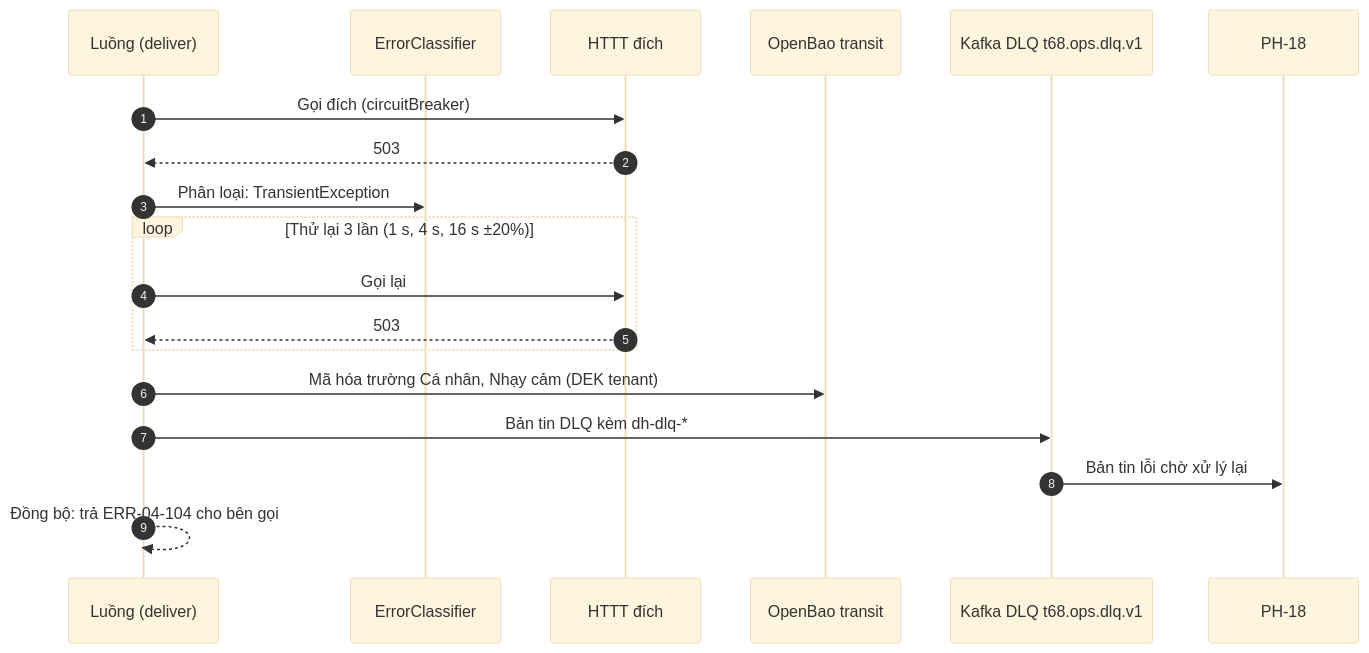
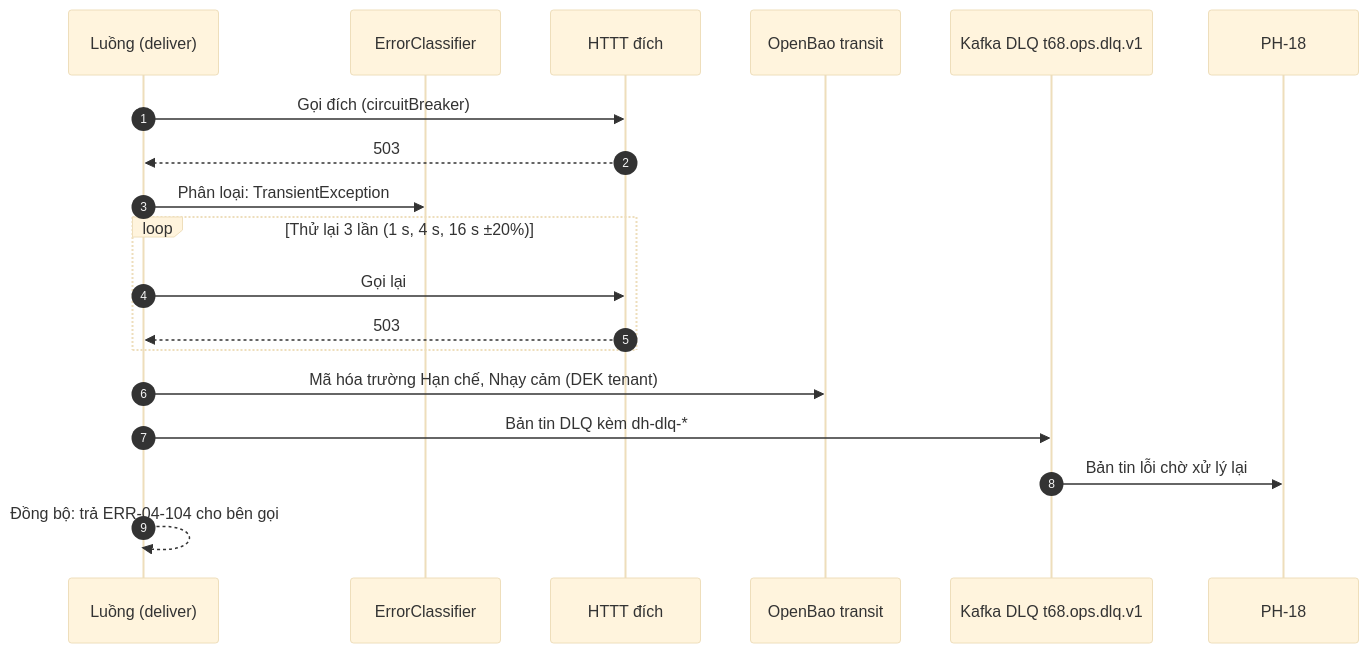
Before and after one commit to caprocute/DATAHUB: diagram 22 of 25 in datahub-docs/02-yeu-cau/frs/D02-03-PH04-frs-tich-hop.md, drawn with Mermaid (base theme). The commit also changed other lines of this file and 38 other files, not shown here.

````diff
--- a/datahub-docs/02-yeu-cau/frs/D02-03-PH04-frs-tich-hop.md
+++ b/datahub-docs/02-yeu-cau/frs/D02-03-PH04-frs-tich-hop.md
@@ -3609,21 +3615,21 @@
 ```{.mermaid caption="Trình tự xử lý lỗi tạm thời tới DLQ (FR-04-070)"}
 sequenceDiagram
   autonumber
   participant R as Luồng (deliver)
   participant C as ErrorClassifier
   participant T as HTTT đích
   participant B as OpenBao transit
   participant K as Kafka DLQ t68.ops.dlq.v1
   participant P as PH-18
   R->>T: Gọi đích (circuitBreaker)
   T-->>R: 503
   R->>C: Phân loại: TransientException
   loop Thử lại 3 lần (1 s, 4 s, 16 s ±20%)
     R->>T: Gọi lại
     T-->>R: 503
   end
-  R->>B: Mã hóa trường Cá nhân, Nhạy cảm (DEK tenant)
+  R->>B: Mã hóa trường Hạn chế, Nhạy cảm (DEK tenant)
   R->>K: Bản tin DLQ kèm dh-dlq-*
   K->>P: Bản tin lỗi chờ xử lý lại
   R-->>R: Đồng bộ: trả ERR-04-104 cho bên gọi
 ```
````
